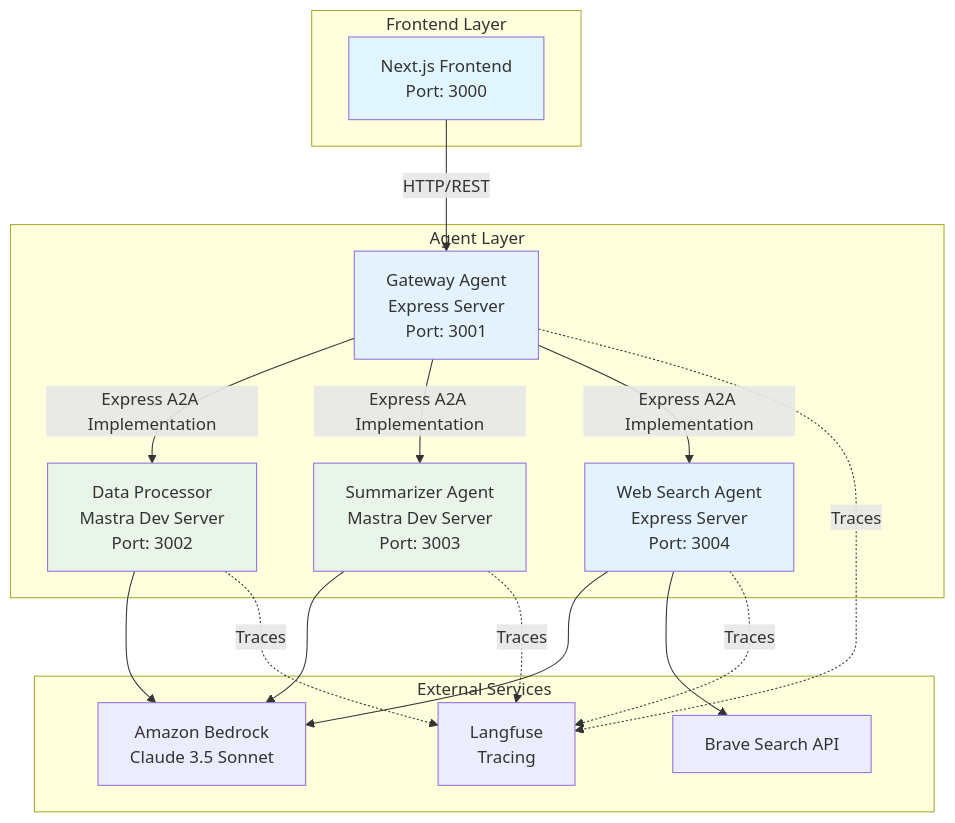
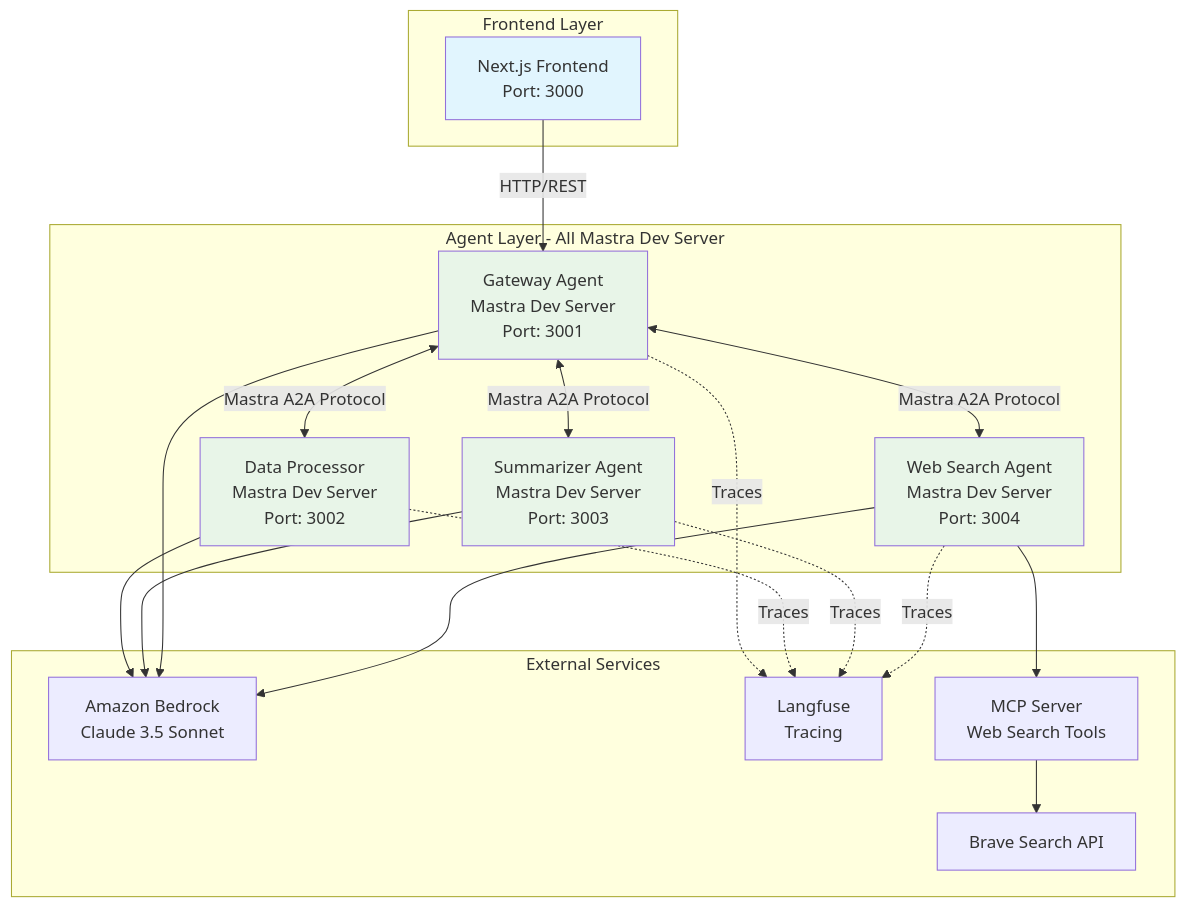
Before and after one commit to tubone24/a2a_mastra: the second of 9 diagrams in README.md, drawn with Mermaid. The commit also changed other lines of this file, not shown here.

Commit message:
✨ docs(README.md): Update architecture details to reflect unified Mastra A2A protocol for all agents and enhance system overview

````diff
--- a/README.md
+++ b/README.md
@@ -129,40 +136,43 @@
 ```mermaid
 graph TB
     subgraph "Frontend Layer"
         UI[Next.js Frontend<br/>Port: 3000]
     end
     
-    subgraph "Agent Layer"
-        GW[Gateway Agent<br/>Express Server<br/>Port: 3001]
+    subgraph "Agent Layer - All Mastra Dev Server"
+        GW[Gateway Agent<br/>Mastra Dev Server<br/>Port: 3001]
         DP[Data Processor<br/>Mastra Dev Server<br/>Port: 3002]
         SM[Summarizer Agent<br/>Mastra Dev Server<br/>Port: 3003]
-        WS[Web Search Agent<br/>Express Server<br/>Port: 3004]
+        WS[Web Search Agent<br/>Mastra Dev Server<br/>Port: 3004]
     end
     
     subgraph "External Services"
         BEDROCK[Amazon Bedrock<br/>Claude 3.5 Sonnet]
         LANGFUSE[Langfuse<br/>Tracing]
         BRAVE[Brave Search API]
+        MCP[MCP Server<br/>Web Search Tools]
     end
     
     UI -->|HTTP/REST| GW
-    GW -->|Express A2A Implementation| DP
-    GW -->|Express A2A Implementation| SM
-    GW -->|Express A2A Implementation| WS
+    GW <-->|Mastra A2A Protocol| DP
+    GW <-->|Mastra A2A Protocol| SM
+    GW <-->|Mastra A2A Protocol| WS
     
     DP --> BEDROCK
     SM --> BEDROCK
+    GW --> BEDROCK
     WS --> BEDROCK
-    WS --> BRAVE
+    WS --> MCP
+    MCP --> BRAVE
     
     GW -.->|Traces| LANGFUSE
     DP -.->|Traces| LANGFUSE
     SM -.->|Traces| LANGFUSE
     WS -.->|Traces| LANGFUSE
     
     style UI fill:#e1f5fe
-    style GW fill:#e3f2fd
+    style GW fill:#e8f5e8
     style DP fill:#e8f5e8
     style SM fill:#e8f5e8
-    style WS fill:#e3f2fd
+    style WS fill:#e8f5e8
 ```
````
